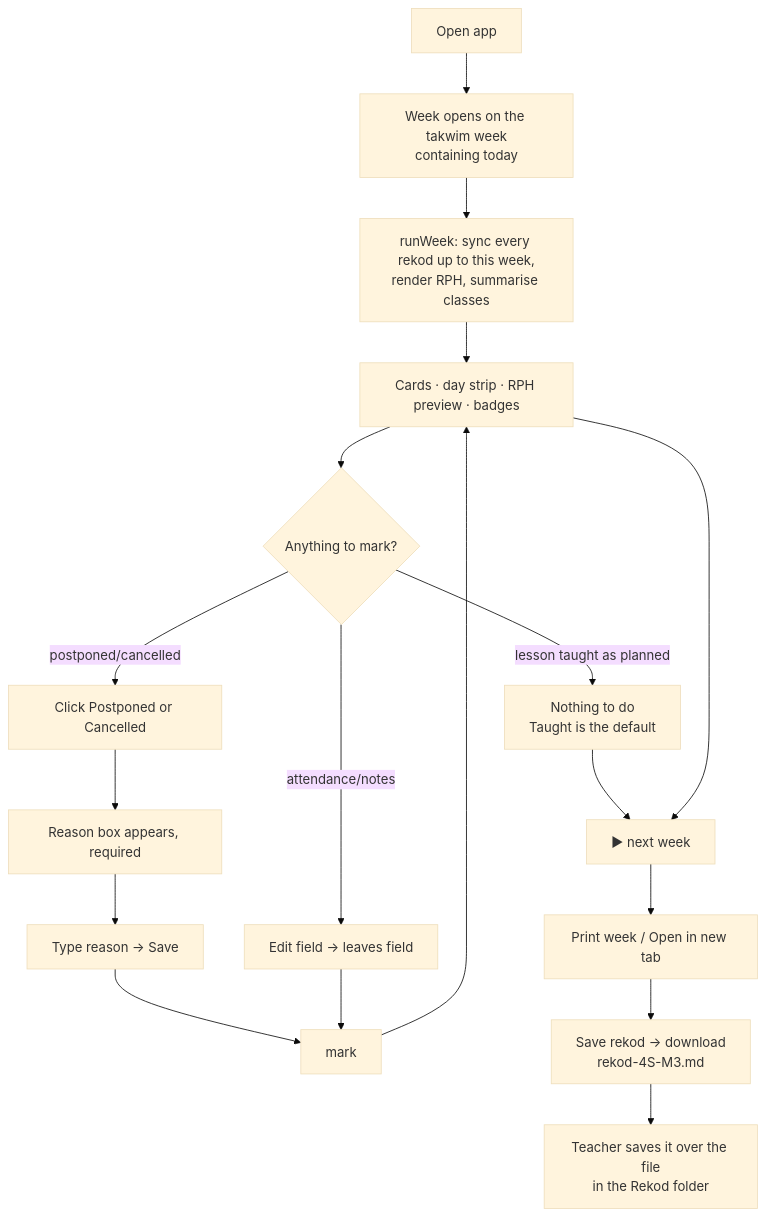
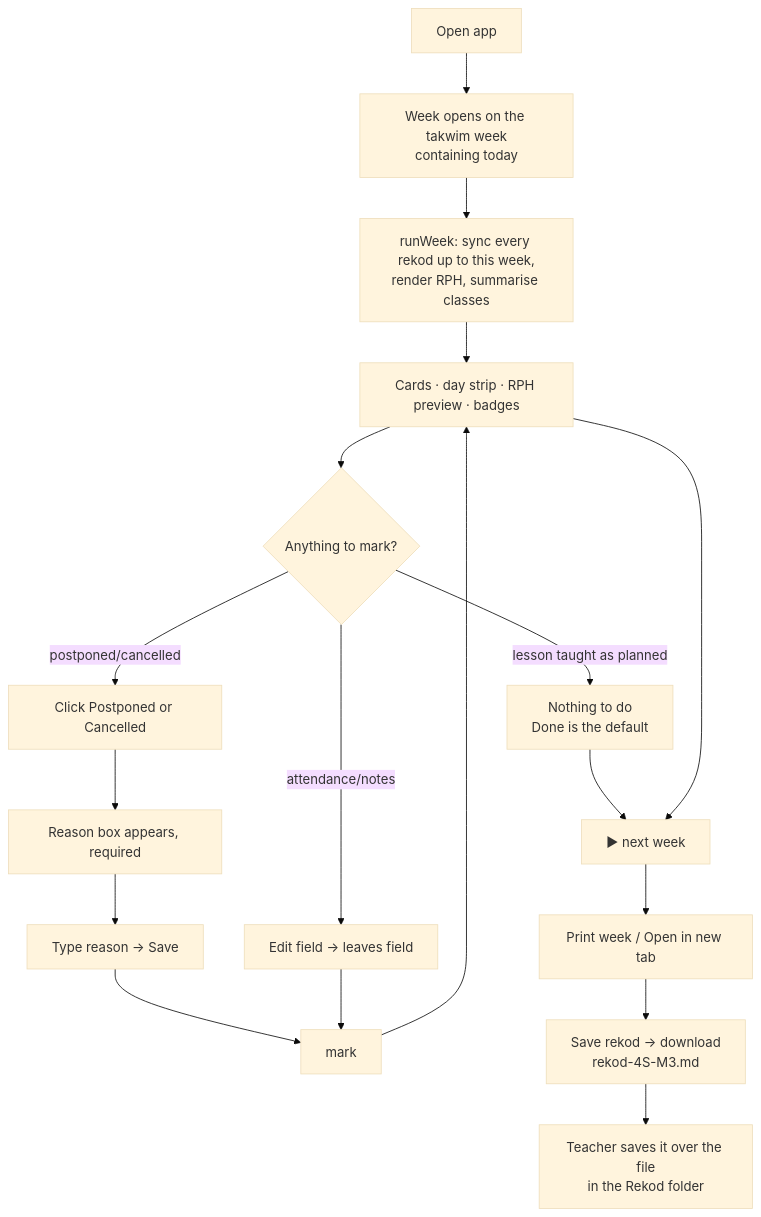
The third of 5 diagrams in docs/product/app-flow.md (falhaindrubin/lesson-planner), drawn with Mermaid (base theme) before and after one commit. The commit also changed other lines of this file and 16 other files, not shown here.

````diff
--- a/docs/product/app-flow.md
+++ b/docs/product/app-flow.md
@@ -53,20 +53,20 @@
 ```mermaid
 flowchart TD
   O[Open app] --> W[Week opens on the takwim week<br/>containing today]
   W --> R1[runWeek: sync every rekod up to this week,<br/>render RPH, summarise classes]
   R1 --> V[Cards · day strip · RPH preview · badges]
   V --> M{Anything to mark?}
-  M -- lesson taught as planned --> N[Nothing to do<br/>Taught is the default]
+  M -- lesson taught as planned --> N[Nothing to do<br/>Done is the default]
   M -- postponed/cancelled --> P[Click Postponed or Cancelled]
   P --> Q[Reason box appears, required]
   Q --> S[Type reason → Save]
   M -- attendance/notes --> T[Edit field → leaves field]
   S --> MK[mark]
   T --> MK
   MK --> V
   N --> NX[▶ next week]
   V --> NX
   NX --> PR[Print week / Open in new tab]
   PR --> SV[Save rekod → download<br/>rekod-4S-M3.md]
   SV --> FS[Teacher saves it over the file<br/>in the Rekod folder]
 ```
````
